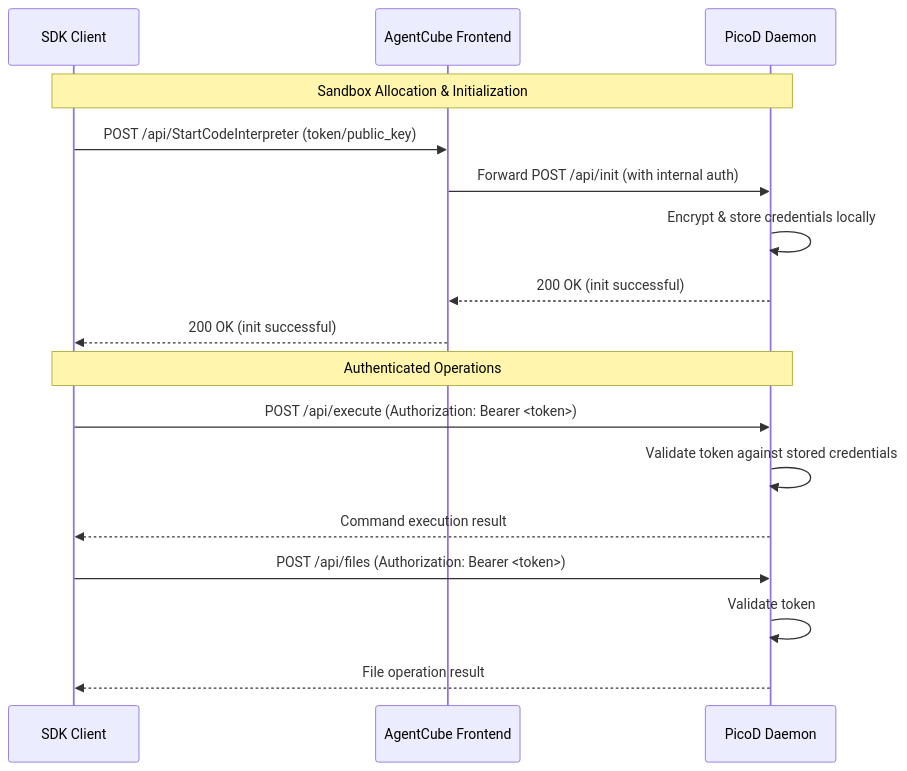
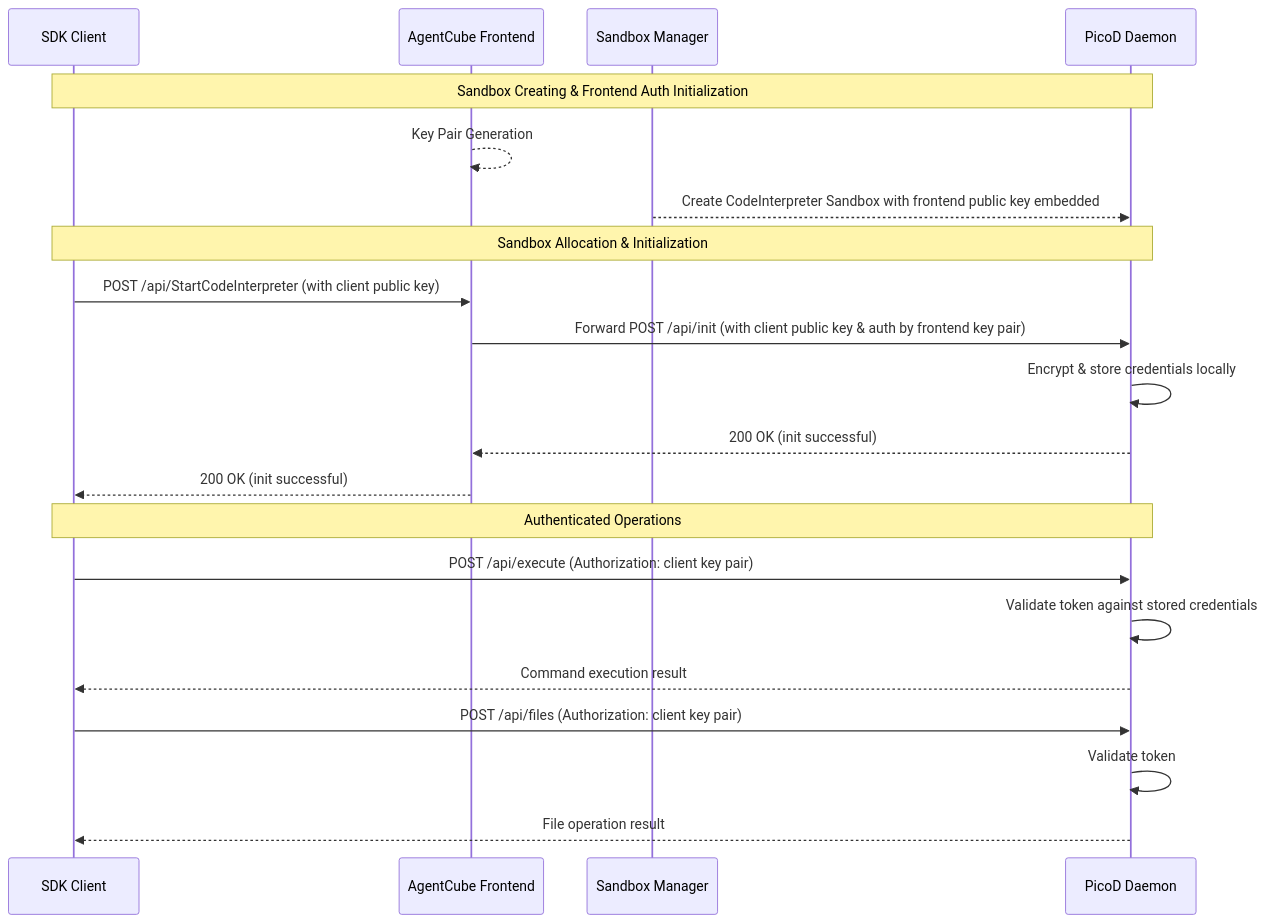
One commit to VanderChen/agentcube changed the second of 4 diagrams in docs/design/PicoD-Design.md. Above: the diagram before and after it, drawn with Mermaid. The commit also changed other lines of this file, not shown here.

Commit message:
Add pre auth

````diff
--- a/docs/design/PicoD-Design.md
+++ b/docs/design/PicoD-Design.md
@@ -228,22 +228,29 @@
 ```mermaid
 sequenceDiagram
     participant Client as SDK Client
     participant Frontend as AgentCube Frontend
+    participant SandboxMgr as Sandbox Manager
     participant PicoD as PicoD Daemon
     
+
+    Note over Client, PicoD: Sandbox Creating & Frontend Auth Initialization
+    Frontend-->>Frontend: Key Pair Generation
+    SandboxMgr-->>PicoD: Create CodeInterpreter Sandbox with frontend public key embedded
+    
+    
     Note over Client, PicoD: Sandbox Allocation & Initialization
-    Client->>Frontend: POST /api/StartCodeInterpreter (token/public_key)
-    Frontend->>PicoD: Forward POST /api/init (with internal auth)
+    Client->>Frontend: POST /api/StartCodeInterpreter (with client public key)
+    Frontend->>PicoD: Forward POST /api/init (with client public key & auth by frontend key pair)
     PicoD->>PicoD: Encrypt & store credentials locally
     PicoD-->>Frontend: 200 OK (init successful)
     Frontend-->>Client: 200 OK (init successful)
     
     Note over Client, PicoD: Authenticated Operations
-    Client->>PicoD: POST /api/execute (Authorization: Bearer <token>)
+    Client->>PicoD: POST /api/execute (Authorization: client key pair)
     PicoD->>PicoD: Validate token against stored credentials
     PicoD-->>Client: Command execution result
     
-    Client->>PicoD: POST /api/files (Authorization: Bearer <token>)
+    Client->>PicoD: POST /api/files (Authorization: client key pair)
     PicoD->>PicoD: Validate token
     PicoD-->>Client: File operation result
 ```
````
